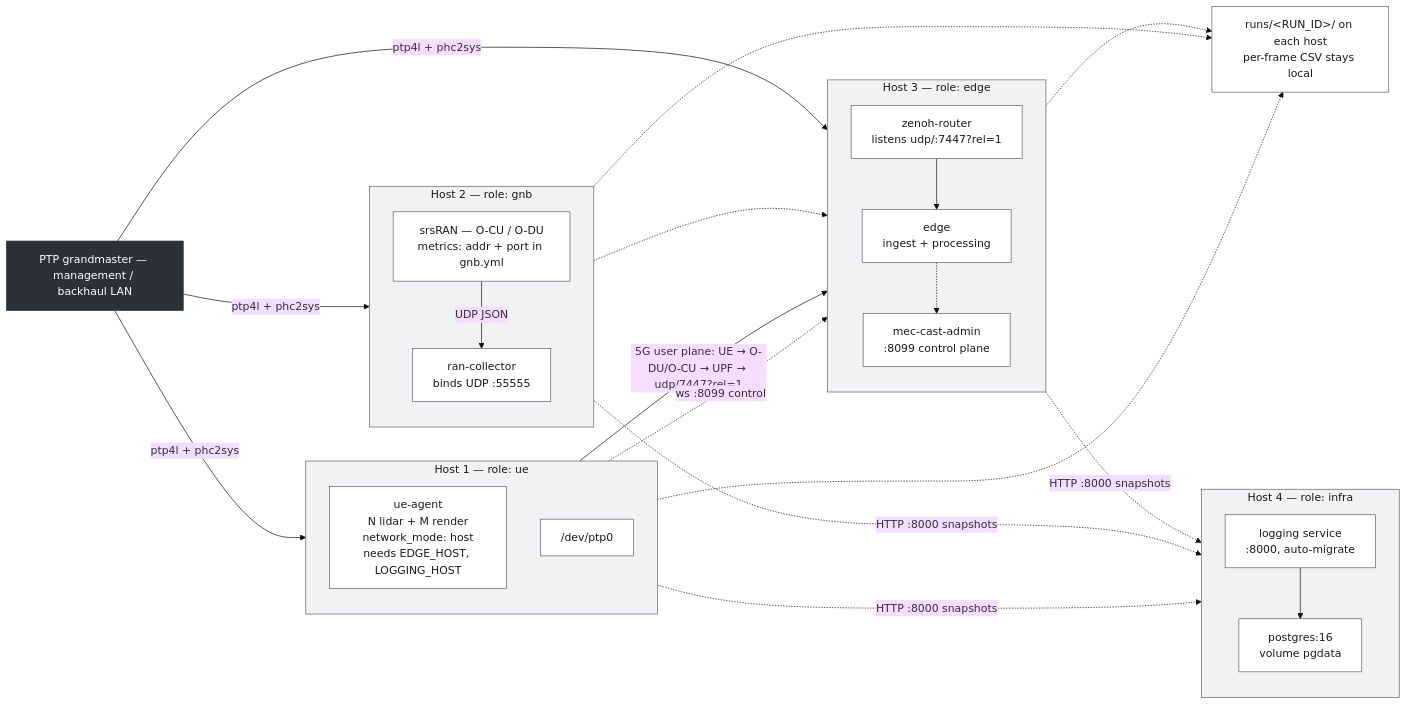
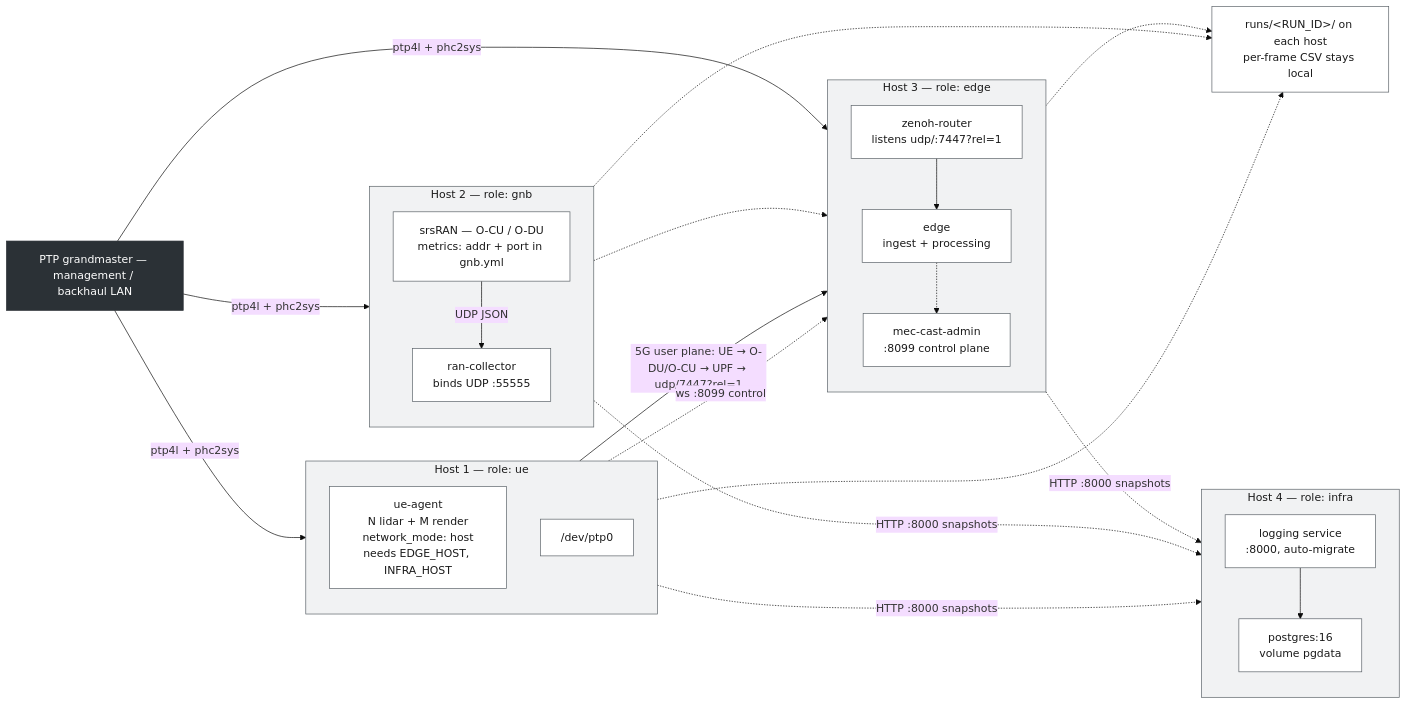
Before and after one commit to morosev/mec-cast: the second of 3 diagrams in docs/diagrams/README.md, drawn with Mermaid (base theme). The commit also changed 8 other files, not shown here.

````diff
--- a/docs/diagrams/README.md
+++ b/docs/diagrams/README.md
@@ -142,57 +142,57 @@
 ```mermaid
 flowchart LR
   classDef host fill:#F1F2F3,stroke:#5A6167,stroke-width:1px,color:#1A1A1A
   classDef svc fill:#FFFFFF,stroke:#5A6167,stroke-width:1px,color:#1A1A1A
   classDef sync fill:#2B3136,stroke:#2B3136,color:#FFFFFF
 
   subgraph UEH["Host 1 — role: ue"]
     direction TB
-    LC["ue-agent<br/>N lidar + M render<br/>network_mode: host<br/>needs EDGE_HOST, LOGGING_HOST"]
+    LC["ue-agent<br/>N lidar + M render<br/>network_mode: host<br/>needs EDGE_HOST, INFRA_HOST"]
     PTPU["/dev/ptp0"]
   end
 
   subgraph GNBH["Host 2 — role: gnb"]
     direction TB
     SRS["srsRAN — O-CU / O-DU<br/>metrics: addr + port in gnb.yml"]
     RC["ran-collector<br/>binds UDP :55555"]
     SRS -->|"UDP JSON"| RC
   end
 
   subgraph EDGEH["Host 3 — role: edge"]
     direction TB
     ZR["zenoh-router<br/>listens udp/:7447?rel=1"]
     ED["edge<br/>ingest + processing"]
     ADM["mec-cast-admin<br/>:8099 control plane"]
     ZR --> ED
   end
 
   subgraph INFRAH["Host 4 — role: infra"]
     direction TB
     LOGS["logging service<br/>:8000, auto-migrate"]
     PG["postgres:16<br/>volume pgdata"]
     LOGS --> PG
   end
 
   LC -->|"5G user plane: UE → O-DU/O-CU → UPF → udp/7447?rel=1"| ZR
   LC -.->|"HTTP :8000 snapshots"| LOGS
   ED -.->|"HTTP :8000 snapshots"| LOGS
   RC -.->|"HTTP :8000 snapshots"| LOGS
 
   LC -.->|"ws :8099 control"| ADM
   ED -.-> ADM
   RC -.-> ADM
 
   GM["PTP grandmaster — management / backhaul LAN"]
   GM -->|"ptp4l + phc2sys"| UEH
   GM -->|"ptp4l + phc2sys"| GNBH
   GM -->|"ptp4l + phc2sys"| EDGEH
 
   RUNS["runs/&lt;RUN_ID&gt;/ on each host<br/>per-frame CSV stays local"]
   LC -.-> RUNS
   ED -.-> RUNS
   RC -.-> RUNS
 
   class UEH,GNBH,EDGEH,INFRAH host
   class LC,SRS,RC,ZR,ED,ADM,LOGS,PG,PTPU,RUNS svc
   class GM sync
 ```
````
